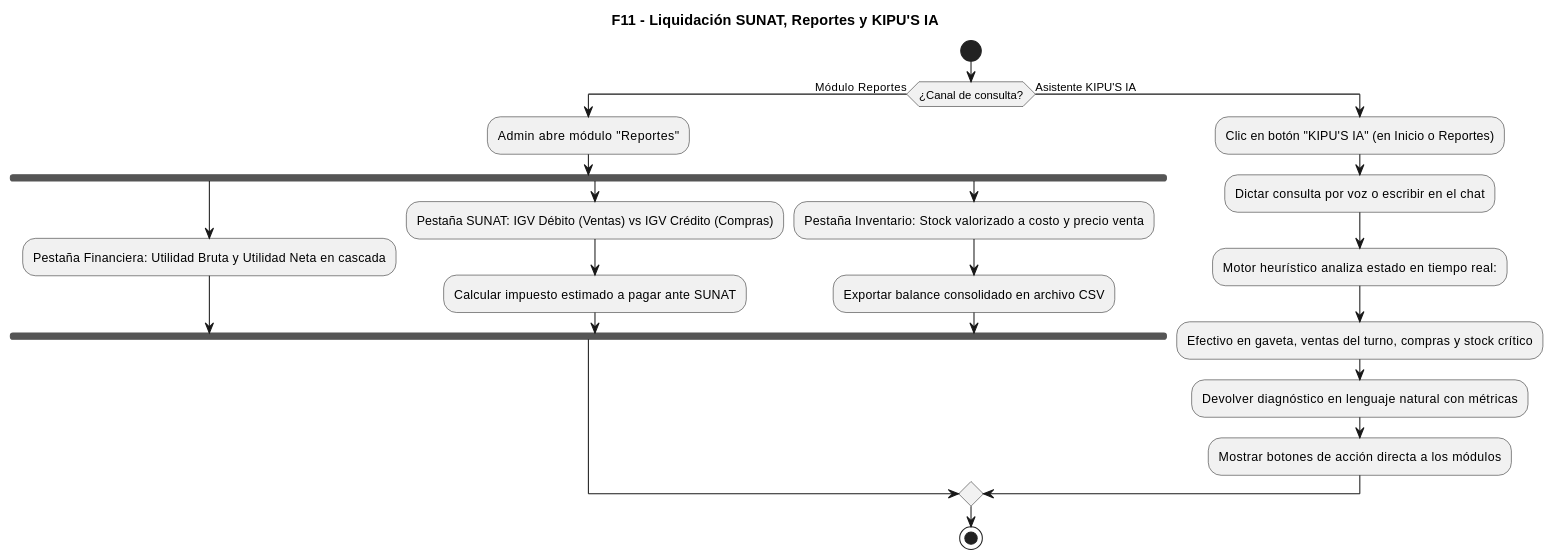
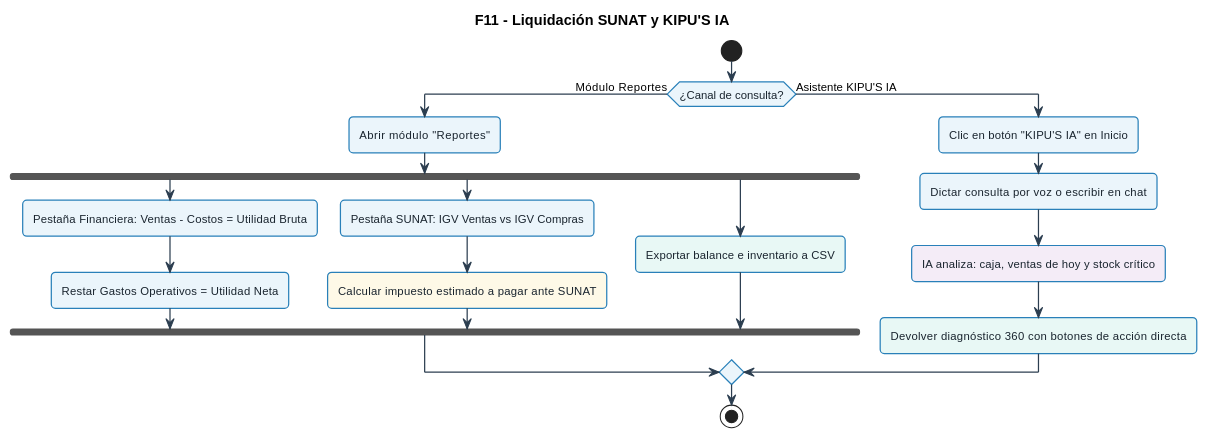
Before and after one commit to xmenil/ERP-KIPUS: diagram 11 of 11 in docs/UML-flujos/flujos-consolidados-kipu.md, drawn with PlantUML. The commit also changed other lines of this file and 23 other files, not shown here.

Commit message:
docs(uml): simplificar flujos con estilo Bizagi BPMN coloreado y regenerar imagenes PNG

````diff
--- a/docs/UML-flujos/flujos-consolidados-kipu.md
+++ b/docs/UML-flujos/flujos-consolidados-kipu.md
@@ -621,30 +662,51 @@
 ```plantuml
 @startuml
-skinparam monochrome true
+skinparam defaultFontName "Segoe UI", Arial, sans-serif
+skinparam defaultFontSize 11
+skinparam roundCorner 8
 skinparam shadowing false
+skinparam ArrowColor #2C3E50
+skinparam ArrowThickness 1.2
 
-title F11 - Liquidación SUNAT, Reportes y KIPU'S IA
+skinparam activity {
+  BackgroundColor #EBF5FB
+  BorderColor #2980B9
+  BorderThickness 1.2
+  FontColor #1A252F
+}
+skinparam decision {
+  BackgroundColor #FEF9E7
+  BorderColor #F39C12
+  BorderThickness 1.2
+  FontColor #7D6608
+}
+skinparam start {
+  Color #27AE60
+}
+skinparam stop {
+  Color #C0392B
+}
+
+title F11 - Liquidación SUNAT y KIPU'S IA
 
 start
 if (¿Canal de consulta?) then (Módulo Reportes)
-  :Admin abre módulo "Reportes";
+  :Abrir módulo "Reportes";
   fork
-    :Pestaña Financiera: Utilidad Bruta y Utilidad Neta en cascada;
+    :Pestaña Financiera: Ventas - Costos = Utilidad Bruta;
+    :Restar Gastos Operativos = Utilidad Neta;
   fork again
-    :Pestaña SUNAT: IGV Débito (Ventas) vs IGV Crédito (Compras);
-    :Calcular impuesto estimado a pagar ante SUNAT;
+    :Pestaña SUNAT: IGV Ventas vs IGV Compras;
+    #FEF9E7:Calcular impuesto estimado a pagar ante SUNAT;
   fork again
-    :Pestaña Inventario: Stock valorizado a costo y precio venta;
-    :Exportar balance consolidado en archivo CSV;
+    #E8F8F5:Exportar balance e inventario a CSV;
   end fork
 else (Asistente KIPU'S IA)
-  :Clic en botón "KIPU'S IA" (en Inicio o Reportes);
-  :Dictar consulta por voz o escribir en el chat;
-  :Motor heurístico analiza estado en tiempo real:;
-  :Efectivo en gaveta, ventas del turno, compras y stock crítico;
-  :Devolver diagnóstico en lenguaje natural con métricas;
-  :Mostrar botones de acción directa a los módulos;
+  :Clic en botón "KIPU'S IA" en Inicio;
+  :Dictar consulta por voz o escribir en chat;
+  #F4ECF7:IA analiza: caja, ventas de hoy y stock crítico;
+  #E8F8F5:Devolver diagnóstico 360 con botones de acción directa;
 endif
 stop
 @enduml
 ```
````
